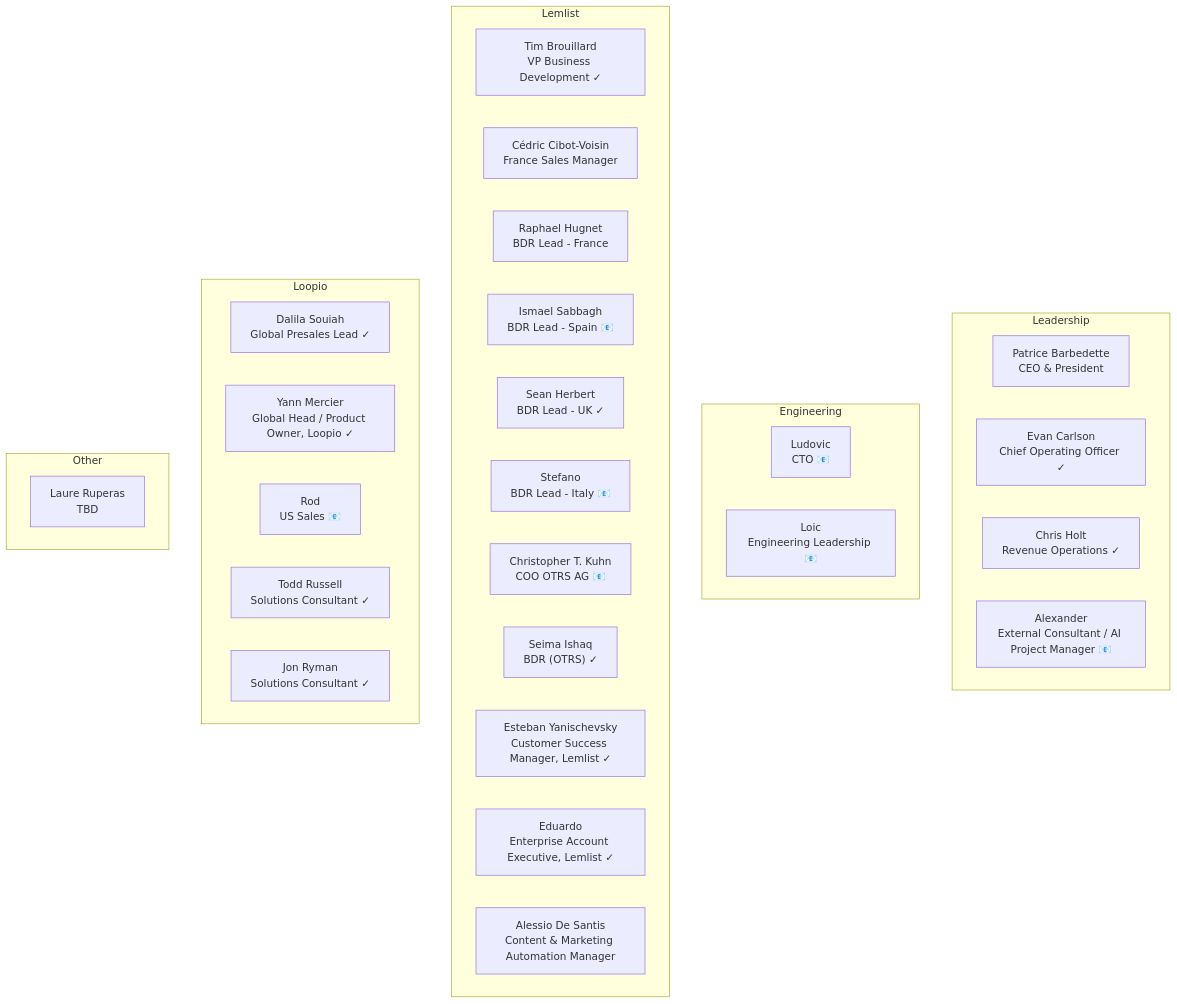
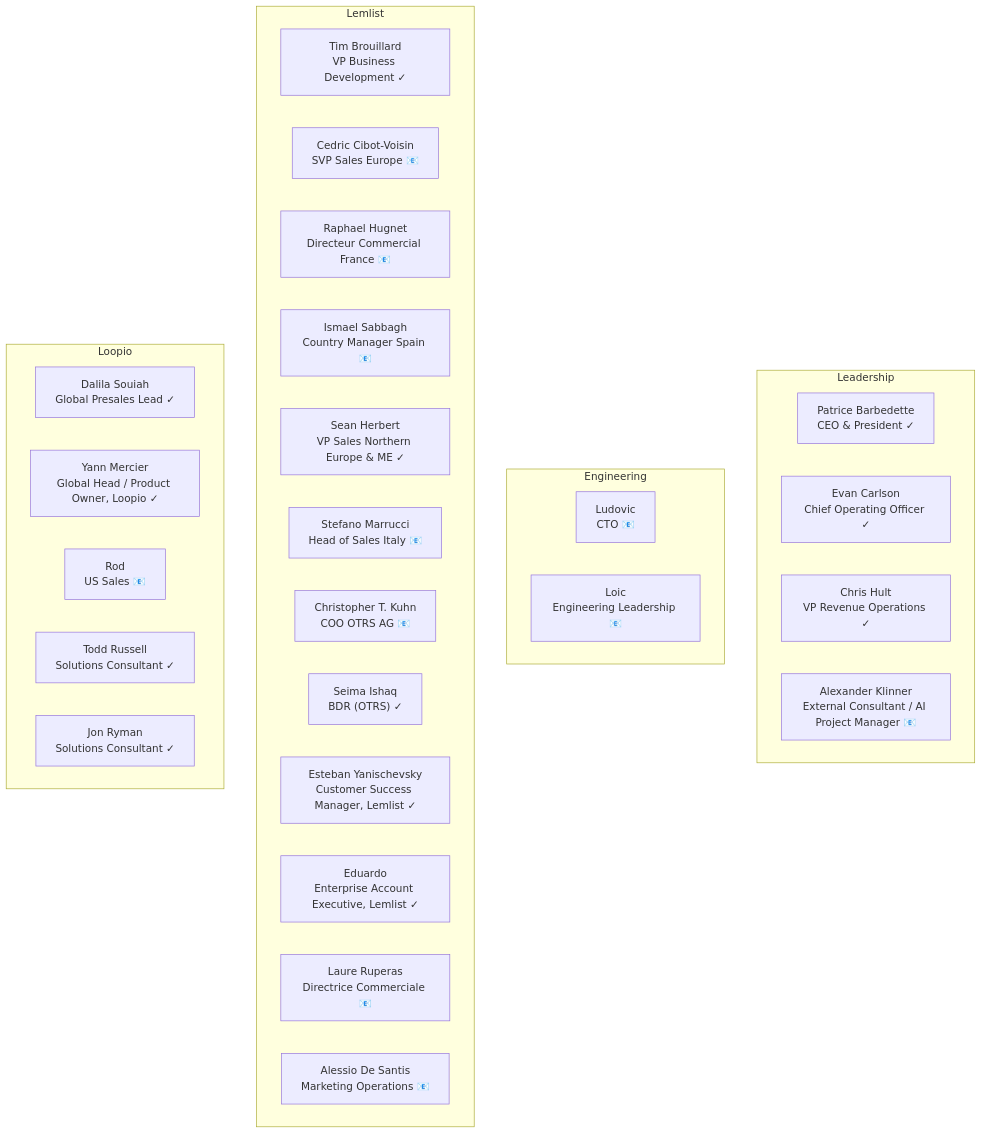
One commit to pqsoccerboy17/EasyVista changed the diagram in clients/easyvista/easyvista-stakeholders.mermaid. Above: the diagram before and after it, drawn with Mermaid. The commit also changed 5 other files, not shown here.

First line of the commit message:
update: Feb 25 EasyVista dashboard -- milestones, timeline, training rollout

````diff
--- a/clients/easyvista/easyvista-stakeholders.mermaid
+++ b/clients/easyvista/easyvista-stakeholders.mermaid
@@ -1,36 +1,34 @@
 ```mermaid
 flowchart TB
     subgraph Leadership
-        Patrice_Barbedette["Patrice Barbedette<br/>CEO & President "]
+        Patrice_Barbedette["Patrice Barbedette<br/>CEO & President ✓"]
         Evan_Carlson["Evan Carlson<br/>Chief Operating Officer ✓"]
-        Chris_Holt["Chris Holt<br/>Revenue Operations ✓"]
-        Alexander["Alexander<br/>External Consultant / AI Project Manager 📧"]
+        Chris_Hult["Chris Hult<br/>VP Revenue Operations ✓"]
+        Alexander_Klinner["Alexander Klinner<br/>External Consultant / AI Project Manager 📧"]
     end
     subgraph Engineering
         Ludovic["Ludovic<br/>CTO 📧"]
         Loic["Loic<br/>Engineering Leadership 📧"]
     end
     subgraph Lemlist
         Tim_Brouillard["Tim Brouillard<br/>VP Business Development ✓"]
-        Cédric_Cibot-Voisin["Cédric Cibot-Voisin<br/>France Sales Manager "]
-        Raphael_Hugnet["Raphael Hugnet<br/>BDR Lead - France "]
-        Ismael_Sabbagh["Ismael Sabbagh<br/>BDR Lead - Spain 📧"]
-        Sean_Herbert["Sean Herbert<br/>BDR Lead - UK ✓"]
-        Stefano["Stefano<br/>BDR Lead - Italy 📧"]
+        Cedric_Cibot-Voisin["Cedric Cibot-Voisin<br/>SVP Sales Europe 📧"]
+        Raphael_Hugnet["Raphael Hugnet<br/>Directeur Commercial France 📧"]
+        Ismael_Sabbagh["Ismael Sabbagh<br/>Country Manager Spain 📧"]
+        Sean_Herbert["Sean Herbert<br/>VP Sales Northern Europe & ME ✓"]
+        Stefano_Marrucci["Stefano Marrucci<br/>Head of Sales Italy 📧"]
         Christopher_T._Kuhn["Christopher T. Kuhn<br/>COO OTRS AG 📧"]
         Seima_Ishaq["Seima Ishaq<br/>BDR (OTRS) ✓"]
         Esteban_Yanischevsky["Esteban Yanischevsky<br/>Customer Success Manager, Lemlist ✓"]
         Eduardo["Eduardo<br/>Enterprise Account Executive, Lemlist ✓"]
-        Alessio_De_Santis["Alessio De Santis<br/>Content & Marketing Automation Manager "]
+        Laure_Ruperas["Laure Ruperas<br/>Directrice Commerciale 📧"]
+        Alessio_De_Santis["Alessio De Santis<br/>Marketing Operations 📧"]
     end
     subgraph Loopio
         Dalila_Souiah["Dalila Souiah<br/>Global Presales Lead ✓"]
         Yann_Mercier["Yann Mercier<br/>Global Head / Product Owner, Loopio ✓"]
         Rod["Rod<br/>US Sales 📧"]
         Todd_Russell["Todd Russell<br/>Solutions Consultant ✓"]
         Jon_Ryman["Jon Ryman<br/>Solutions Consultant ✓"]
     end
-    subgraph Other
-        Laure_Ruperas["Laure Ruperas<br/>TBD "]
-    end
 ```
````
